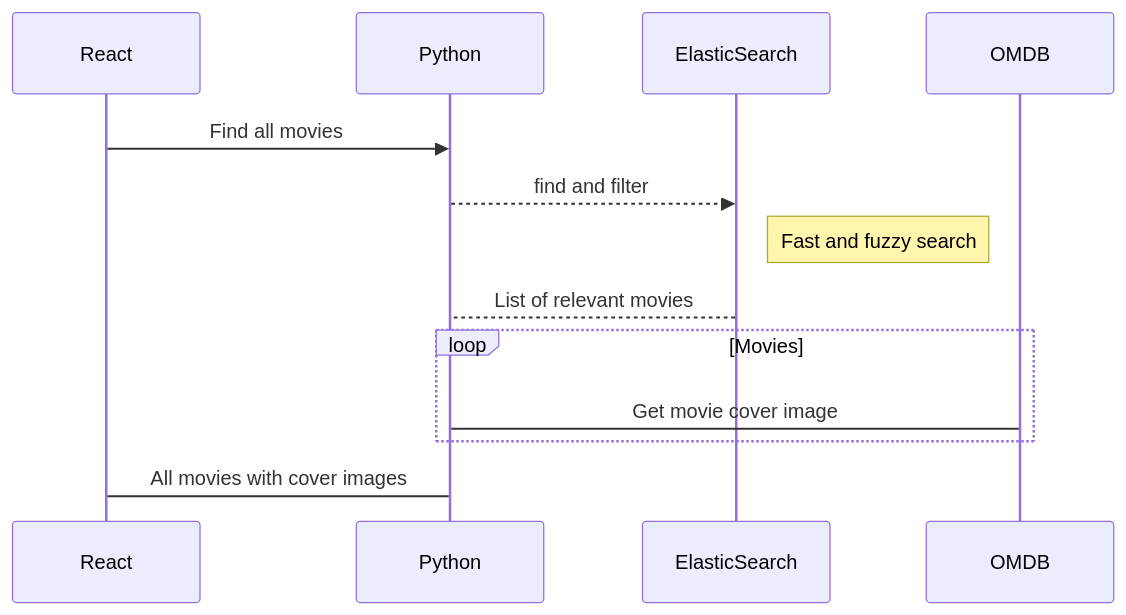
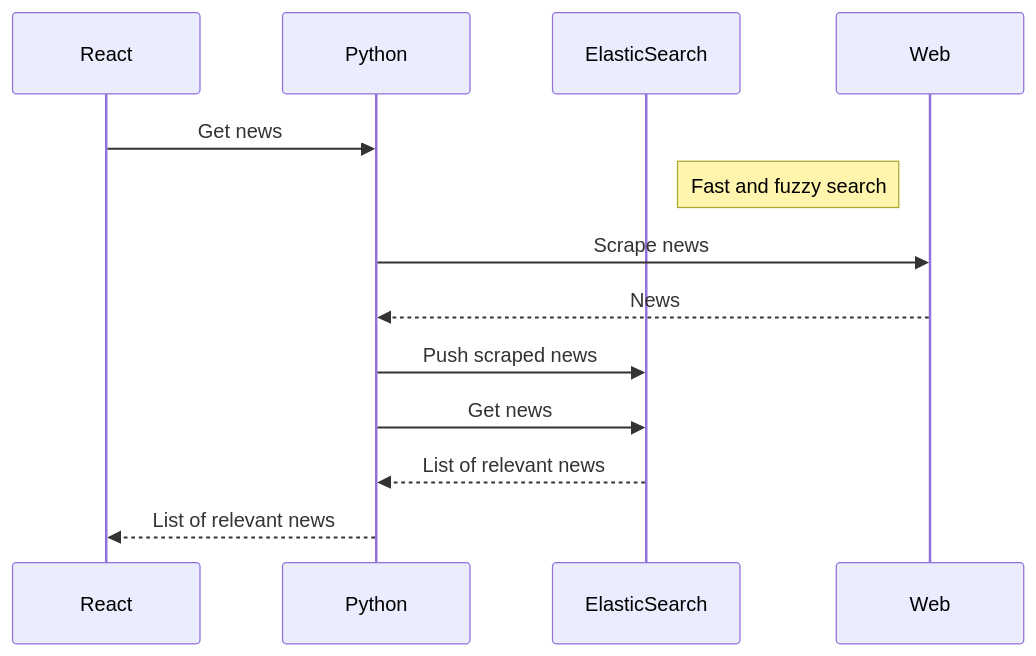
Before and after one commit to willeasp/news-recommendation: the diagram in README.md, drawn with Mermaid. The commit also changed other lines of this file and 2 other files, not shown here.

````diff
--- a/README.md
+++ b/README.md
@@ -127,11 +95,11 @@
 ```mermaid
 sequenceDiagram
-React ->> Python: Find all movies
-Python-->>ElasticSearch: find and filter
-Note right of ElasticSearch: Fast and fuzzy search
-ElasticSearch-->Python: List of relevant movies
-loop Movies
-	Python->OMDB: Get movie cover image
-end	
-Python->React: All movies with cover images
+    React ->> Python: Get news
+    Note right of ElasticSearch: Fast and fuzzy search
+    Python ->> Web: Scrape news
+    Web -->> Python: News
+    Python ->> ElasticSearch: Push scraped news
+    Python ->> ElasticSearch: Get news
+    ElasticSearch -->> Python: List of relevant news
+    Python -->> React: List of relevant news
 ```
````
